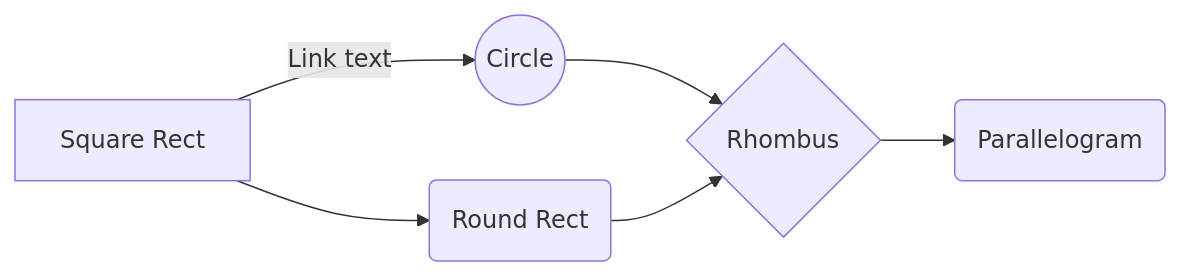
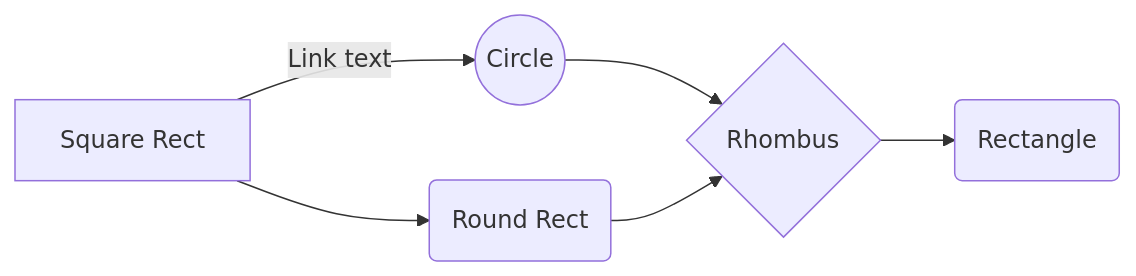
One commit to drshahizan/learn-github changed the second of 2 diagrams in exercise/ChristineNies/readme.md. Above: the diagram before and after it, drawn with Mermaid.

````diff
--- a/exercise/ChristineNies/readme.md
+++ b/exercise/ChristineNies/readme.md
@@ -64,8 +64,8 @@
 ```mermaid
 graph LR
 A[Square Rect] -- Link text --> B((Circle))
 A --> C(Round Rect)
 B --> D{Rhombus}
 C --> D
-D --> E(Parallelogram)
+D --> E(Rectangle)
 ```
````
